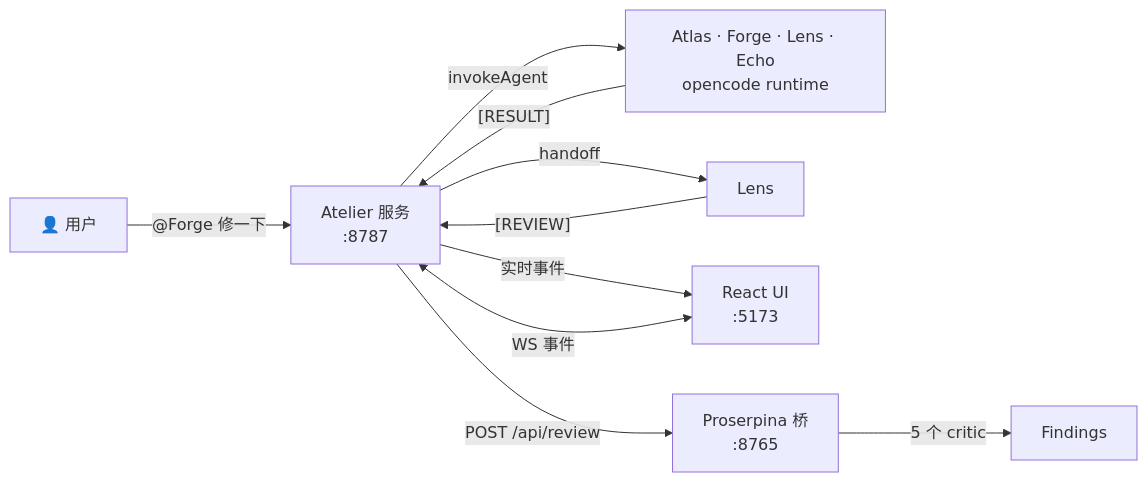
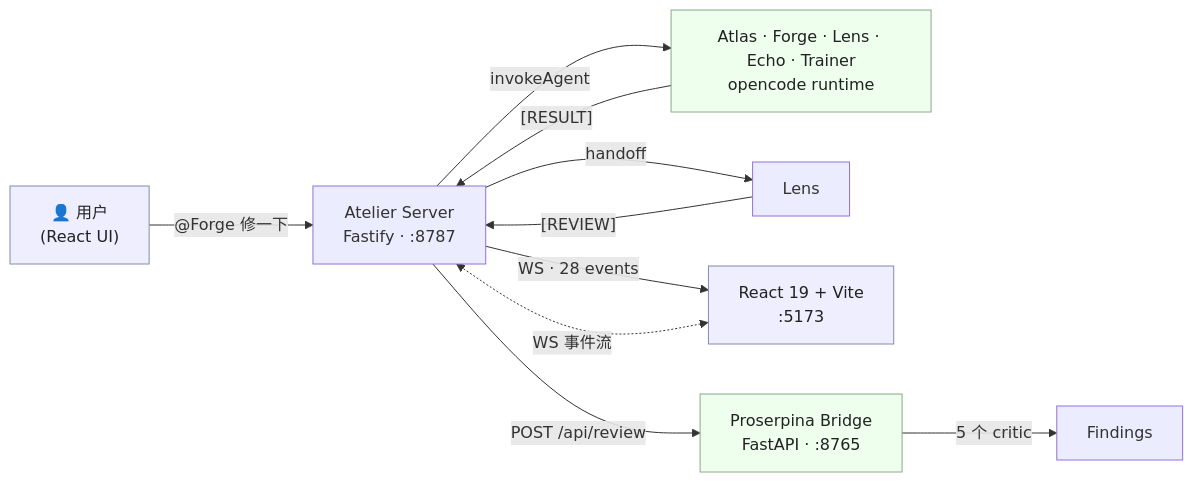
Before and after one commit to Cappuccino-y/Atelier: the diagram in README.md, drawn with Mermaid. The commit also changed other lines of this file and 15 other files, not shown here.

````diff
--- a/README.md
+++ b/README.md
@@ -7,12 +48,17 @@
 ```mermaid
 flowchart LR
-  User[👤 用户] -- "@Forge 修一下" --> R[Atelier 服务<br/>:8787]
-  R -- invokeAgent --> Agents[Atlas · Forge · Lens · Echo<br/>opencode runtime]
+  User["👤 用户<br/>(React UI)"] -- "@Forge 修一下" --> R["Atelier Server<br/>Fastify · :8787"]
+  R -- invokeAgent --> Agents["Atlas · Forge · Lens · Echo · Trainer<br/>opencode runtime"]
   Agents -- "[RESULT]" --> R
   R -- handoff --> Lens
   Lens -- "[REVIEW]" --> R
-  R -- 实时事件 --> FE[React UI<br/>:5173]
-  R -- POST /api/review --> PB[Proserpina 桥<br/>:8765]
-  PB -- 5 个 critic --> Findings
-  FE <-- "WS 事件" --> R
+  R -- "WS · 28 events" --> FE["React 19 + Vite<br/>:5173"]
+  R -- "POST /api/review" --> PB["Proserpina Bridge<br/>FastAPI · :8765"]
+  PB -- "5 个 critic" --> Findings
+  FE <-. "WS 事件流" .-> R
+
+  classDef box fill:#eef,stroke:#88a,color:#222
+  classDef ext fill:#efe,stroke:#8a8,color:#222
+  class User,FE box
+  class Agents,PB ext
 ```
````
